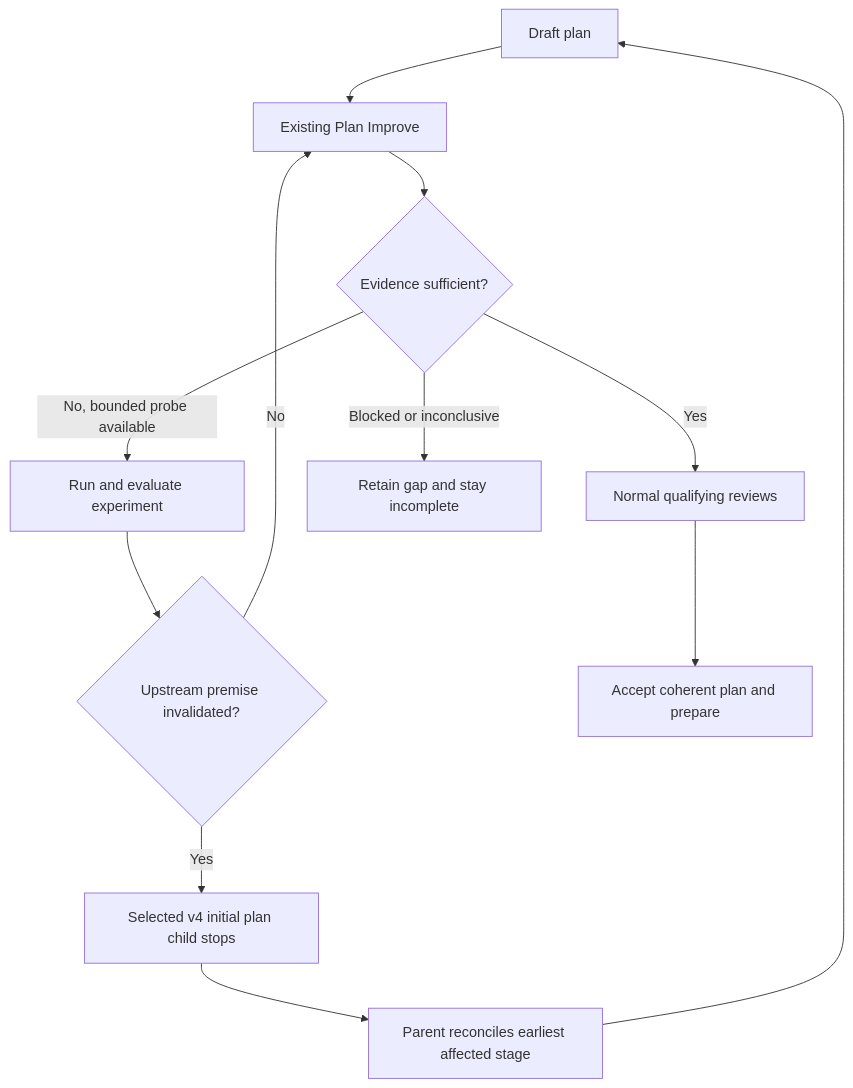
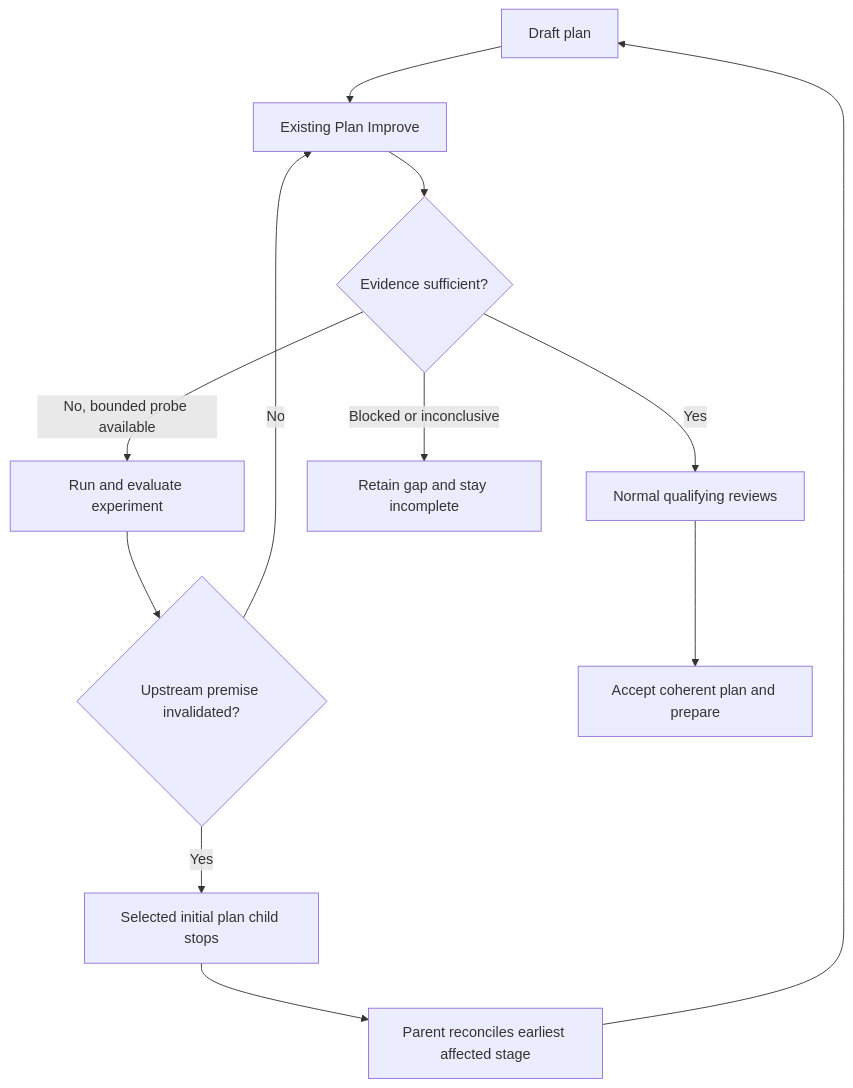
One commit to whichguy/skill-craft changed the diagram in plugins/shiploop/skills/shiploop/references/planning-experiments.md. Above: the diagram before and after it, drawn with Mermaid. The commit also changed other lines of this file and 345 other files, not shown here.

````diff
--- a/plugins/shiploop/skills/shiploop/references/planning-experiments.md
+++ b/plugins/shiploop/skills/shiploop/references/planning-experiments.md
@@ -19,14 +18,14 @@
 ```mermaid
 flowchart TD
     A[Draft plan] --> B[Existing Plan Improve]
     B --> C{Evidence sufficient?}
     C -->|No, bounded probe available| D[Run and evaluate experiment]
     D --> E{Upstream premise invalidated?}
     E -->|No| B
-    E -->|Yes| F[Selected v4 initial plan child stops]
+    E -->|Yes| F[Selected initial plan child stops]
     F --> G[Parent reconciles earliest affected stage]
     G --> A
     C -->|Yes| H[Normal qualifying reviews]
     C -->|Blocked or inconclusive| I[Retain gap and stay incomplete]
     H --> J[Accept coherent plan and prepare]
 ```
````
